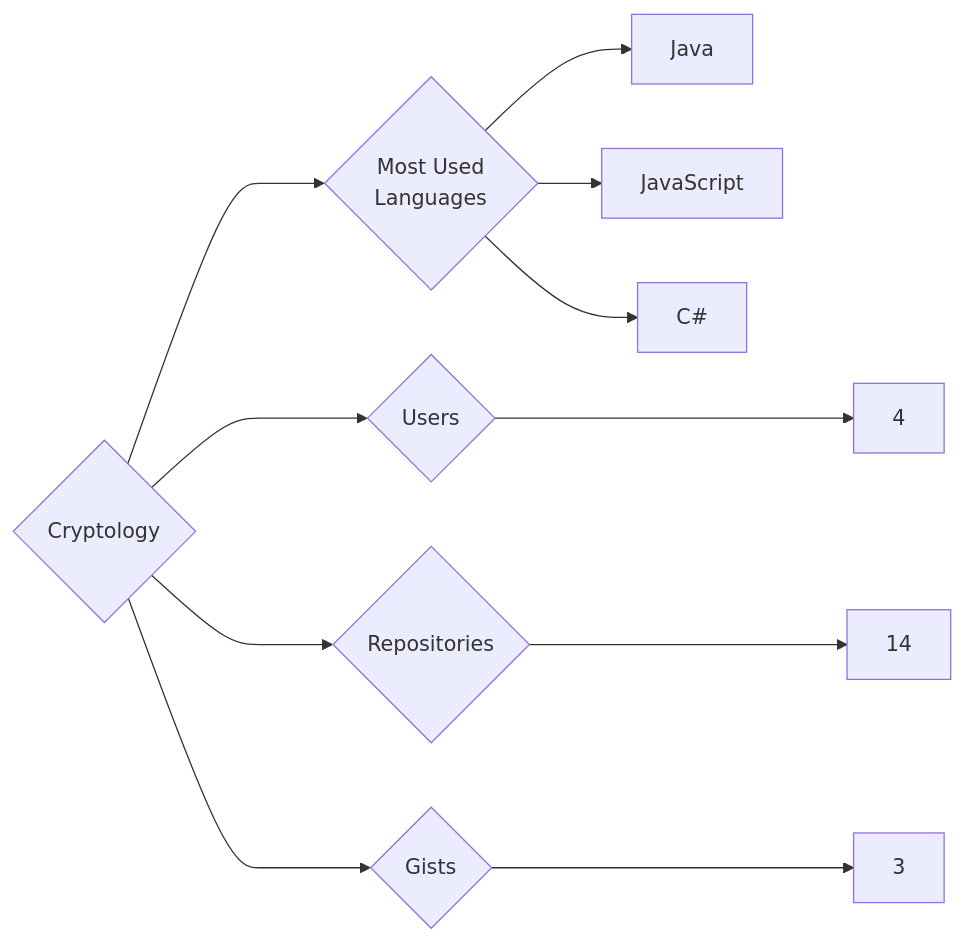
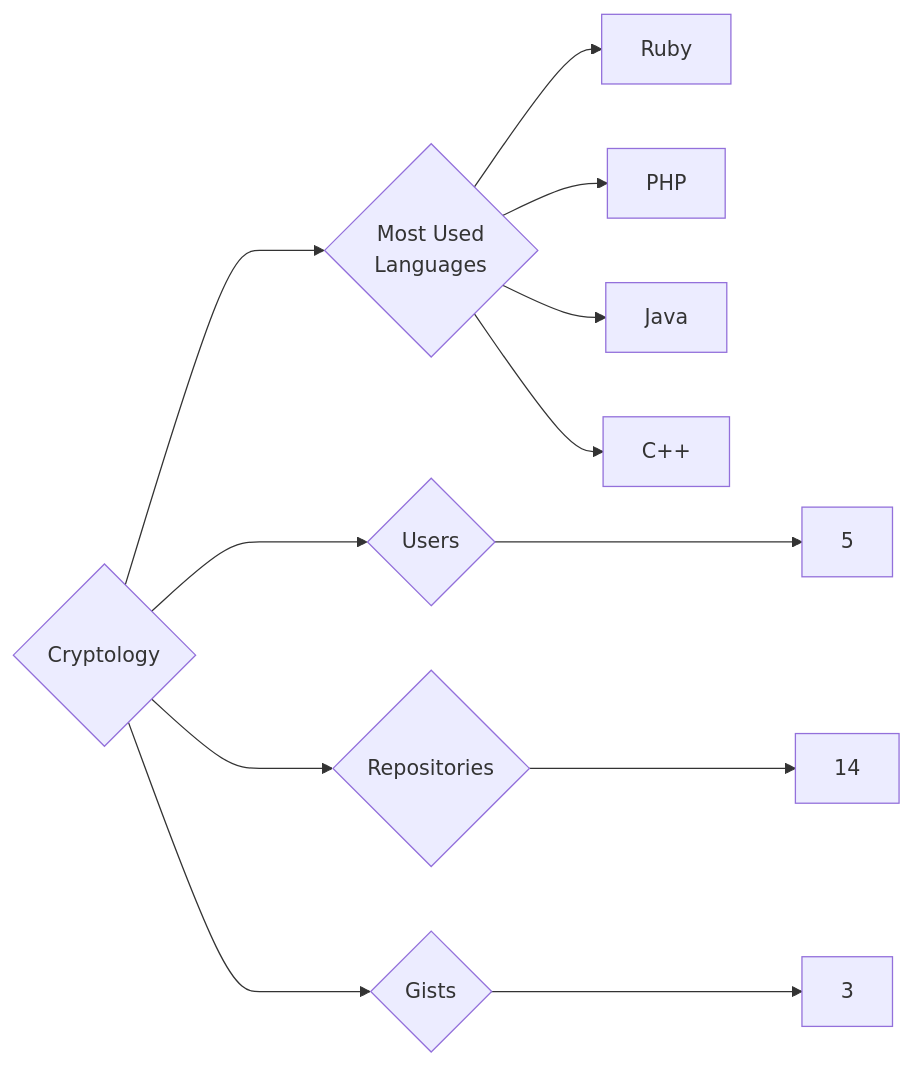
Before and after one commit to trickest/insiders: the diagram in targets/Cryptology/README.md, drawn with Mermaid. The commit also changed 1167 other files, not shown here.

````diff
--- a/targets/Cryptology/README.md
+++ b/targets/Cryptology/README.md
@@ -3,11 +3,12 @@
 ```mermaid
 graph LR
 COMPANY_NAME{Cryptology}
-COMPANY_NAME ---> U{Users} ---> UN[4]
+COMPANY_NAME ---> U{Users} ---> UN[5]
 COMPANY_NAME ---> R{Repositories} ---> RN[14]
 COMPANY_NAME ---> G{Gists} ---> GN[3]
 COMPANY_NAME ---> ML{Most Used<br>Languages}
+ML --> Ruby[Ruby]
+ML --> PHP[PHP]
 ML --> Java[Java]
-ML --> JavaScript[JavaScript]
-ML --> C#[C#]
+ML --> C++[C++]
 ```
````
